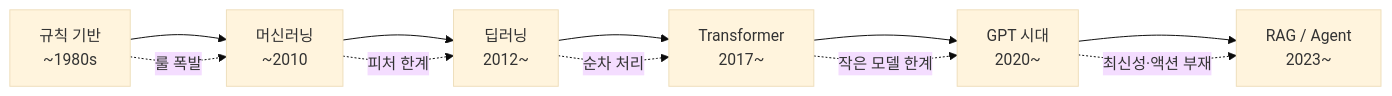
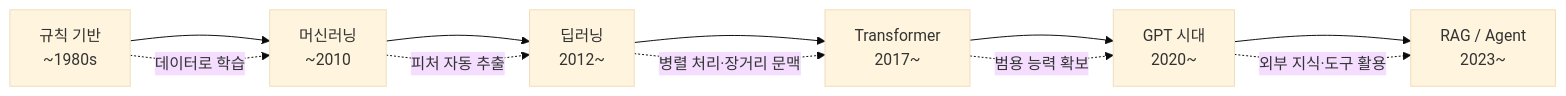
The first of 2 diagrams in docs/20260530/ai-history.md (kodagrammer/ai-study-notes), drawn with Mermaid (base theme) before and after one commit. The commit also changed other lines of this file, not shown here.

````diff
--- a/docs/20260530/ai-history.md
+++ b/docs/20260530/ai-history.md
@@ -57,14 +49,14 @@
 ```mermaid
 flowchart LR
   A[규칙 기반<br/>~1980s] --> B[머신러닝<br/>~2010]
   B --> C[딥러닝<br/>2012~]
   C --> D[Transformer<br/>2017~]
   D --> E[GPT 시대<br/>2020~]
   E --> F[RAG / Agent<br/>2023~]
 
-  A -. 룰 폭발 .-> B
-  B -. 피처 한계 .-> C
-  C -. 순차 처리 .-> D
-  D -. 작은 모델 한계 .-> E
-  E -. 최신성·액션 부재 .-> F
+  A -. 데이터로 학습 .-> B
+  B -. 피처 자동 추출 .-> C
+  C -. 병렬 처리·장거리 문맥 .-> D
+  D -. 범용 능력 확보 .-> E
+  E -. 외부 지식·도구 활용 .-> F
 ```
````
